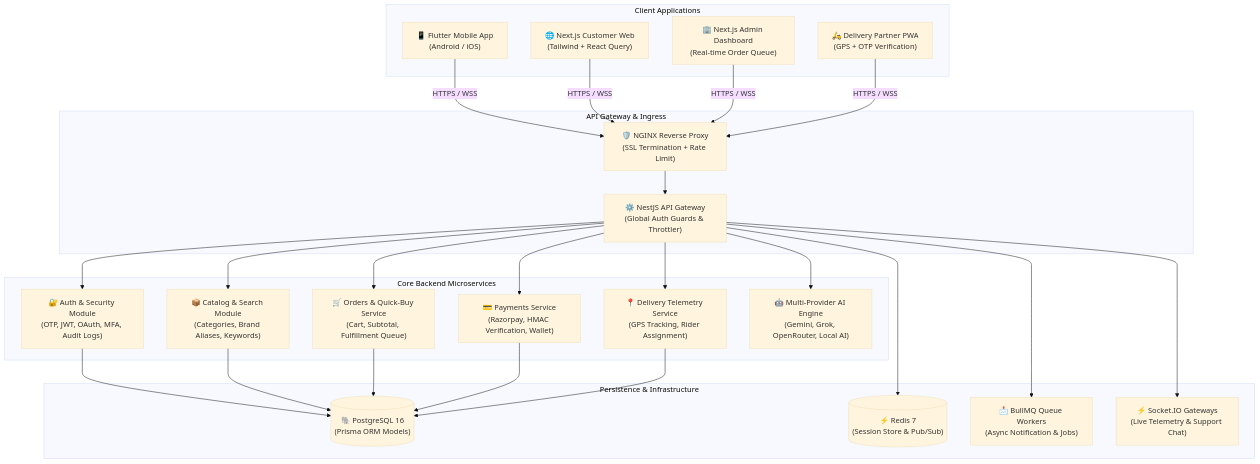
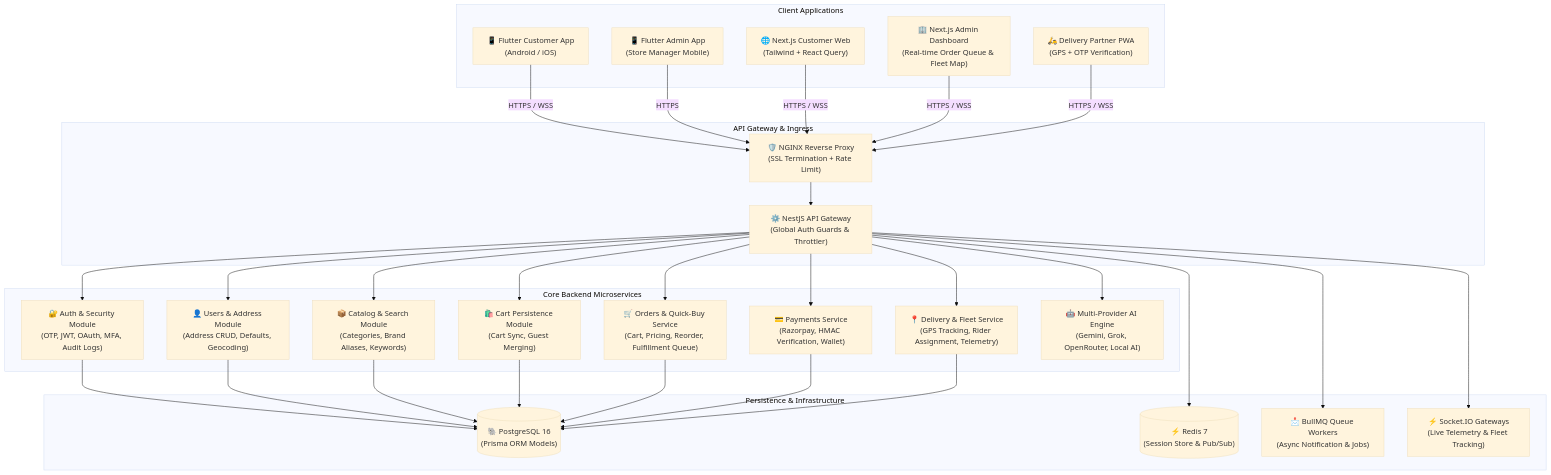
The first of 2 diagrams in README.md (Sachinxcode-01/Daily-Basket), drawn with Mermaid (base theme) before and after one commit. The commit also changed other lines of this file and 9 other files, not shown here.

````diff
--- a/README.md
+++ b/README.md
@@ -71,54 +76,62 @@
 ```mermaid
 graph TD
     subgraph Client Applications
-        Mobile["📱 Flutter Mobile App\n(Android / iOS)"]
+        Mobile["📱 Flutter Customer App\n(Android / iOS)"]
+        AdminMobile["📱 Flutter Admin App\n(Store Manager Mobile)"]
         Web["🌐 Next.js Customer Web\n(Tailwind + React Query)"]
-        Admin["🏢 Next.js Admin Dashboard\n(Real-time Order Queue)"]
+        Admin["🏢 Next.js Admin Dashboard\n(Real-time Order Queue & Fleet Map)"]
         Rider["🛵 Delivery Partner PWA\n(GPS + OTP Verification)"]
     end
 
     subgraph API Gateway & Ingress
         NGINX["🛡️ NGINX Reverse Proxy\n(SSL Termination + Rate Limit)"]
         NestGateway["⚙️ NestJS API Gateway\n(Global Auth Guards & Throttler)"]
     end
 
     subgraph Core Backend Microservices
         AuthModule["🔐 Auth & Security Module\n(OTP, JWT, OAuth, MFA, Audit Logs)"]
+        UsersModule["👤 Users & Address Module\n(Address CRUD, Defaults, Geocoding)"]
         CatalogModule["📦 Catalog & Search Module\n(Categories, Brand Aliases, Keywords)"]
-        OrdersModule["🛒 Orders & Quick-Buy Service\n(Cart, Subtotal, Fulfillment Queue)"]
+        CartModule["🛍️ Cart Persistence Module\n(Cart Sync, Guest Merging)"]
+        OrdersModule["🛒 Orders & Quick-Buy Service\n(Cart, Pricing, Reorder, Fulfillment Queue)"]
         PaymentsModule["💳 Payments Service\n(Razorpay, HMAC Verification, Wallet)"]
-        DeliveryModule["📍 Delivery Telemetry Service\n(GPS Tracking, Rider Assignment)"]
+        DeliveryModule["📍 Delivery & Fleet Service\n(GPS Tracking, Rider Assignment, Telemetry)"]
         AiEngine["🤖 Multi-Provider AI Engine\n(Gemini, Grok, OpenRouter, Local AI)"]
     end
 
     subgraph Persistence & Infrastructure
         PostgresDB[("🐘 PostgreSQL 16\n(Prisma ORM Models)")]
         RedisCache[("⚡ Redis 7\n(Session Store & Pub/Sub)")]
         BullMQWorkers["📩 BullMQ Queue Workers\n(Async Notification & Jobs)"]
-        SocketServer["⚡ Socket.IO Gateways\n(Live Telemetry & Support Chat)"]
+        SocketServer["⚡ Socket.IO Gateways\n(Live Telemetry & Fleet Tracking)"]
     end
 
     Mobile -->|HTTPS / WSS| NGINX
+    AdminMobile -->|HTTPS| NGINX
     Web -->|HTTPS / WSS| NGINX
     Admin -->|HTTPS / WSS| NGINX
     Rider -->|HTTPS / WSS| NGINX
 
     NGINX --> NestGateway
 
     NestGateway --> AuthModule
+    NestGateway --> UsersModule
     NestGateway --> CatalogModule
+    NestGateway --> CartModule
     NestGateway --> OrdersModule
     NestGateway --> PaymentsModule
     NestGateway --> DeliveryModule
     NestGateway --> AiEngine
 
     AuthModule --> PostgresDB
+    UsersModule --> PostgresDB
     CatalogModule --> PostgresDB
+    CartModule --> PostgresDB
     OrdersModule --> PostgresDB
     PaymentsModule --> PostgresDB
     DeliveryModule --> PostgresDB
 
     NestGateway --> RedisCache
     NestGateway --> BullMQWorkers
     NestGateway --> SocketServer
 ```
````
